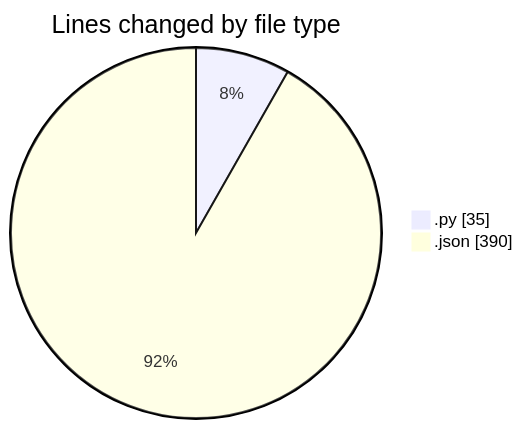
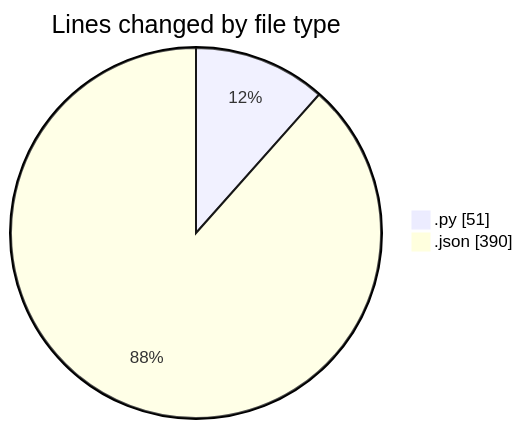
One commit to charlie-sans/code-tracking changed the first of 2 diagrams in 2025-05-03/uhigh-lang/README.md. Above: the diagram before and after it, drawn with Mermaid. The commit also changed other lines of this file and 1 other file, not shown here.

````diff
--- a/2025-05-03/uhigh-lang/README.md
+++ b/2025-05-03/uhigh-lang/README.md
@@ -21,6 +21,6 @@
 ```mermaid
 pie showData
 title Lines changed by file type
-".py" : 35
+".py" : 51
 ".json" : 390
 ```
````
